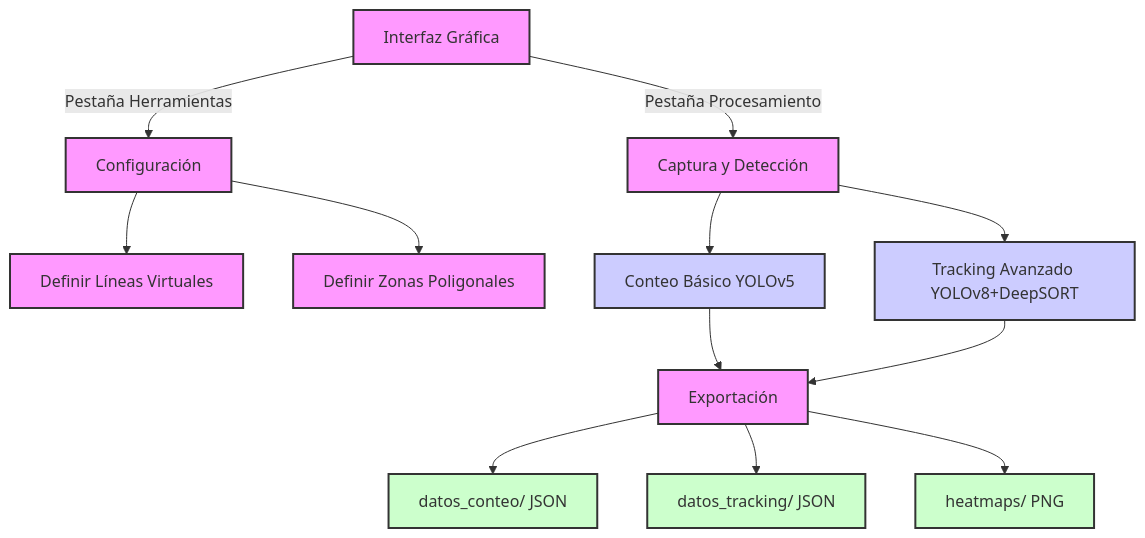
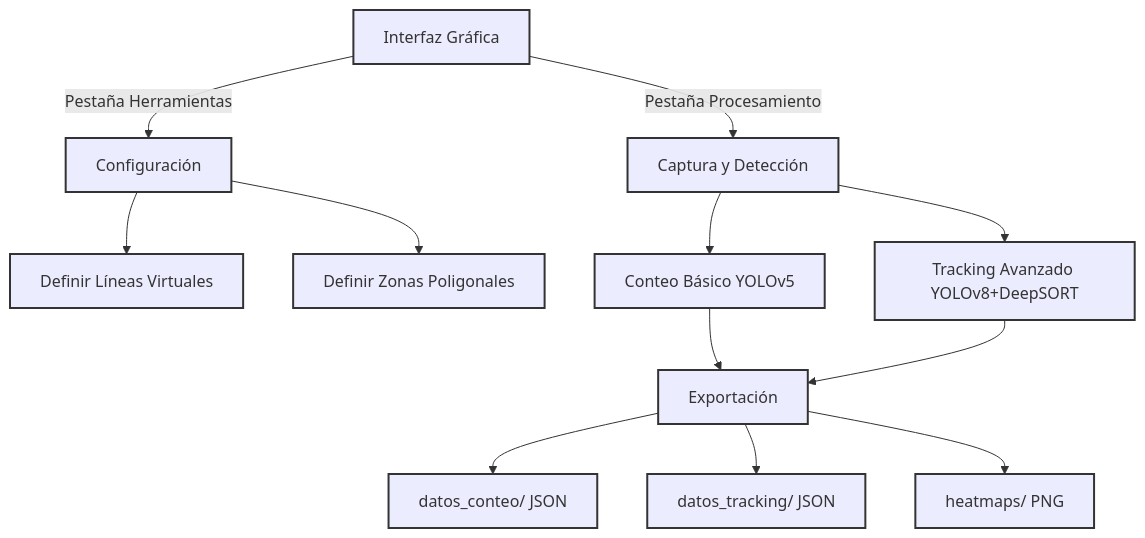
One commit to PatataPyhton/Sistema-Tracking-Farmacia changed the diagram in README.md. Above: the diagram before and after it, drawn with Mermaid.

Commit message:
Fix: Improved Mermaid diagram color scheme for readability

````diff
--- a/README.md
+++ b/README.md
@@ -97,25 +97,25 @@
 ```mermaid
 graph TD
     A[Interfaz Gráfica] -->|Pestaña Herramientas| B[Configuración]
     B --> B1[Definir Líneas Virtuales]
     B --> B2[Definir Zonas Poligonales]
     A -->|Pestaña Procesamiento| C[Captura y Detección]
     C --> C1[Conteo Básico YOLOv5]
     C --> C2[Tracking Avanzado YOLOv8+DeepSORT]
     C1 --> D[Exportación]
     C2 --> D
     D --> D1[datos_conteo/ JSON]
     D --> D2[datos_tracking/ JSON]
     D --> D3[heatmaps/ PNG]
 
-    classDef phase fill:#f9f,stroke:#333,stroke-width:2px;
-    classDef module fill:#ccf,stroke:#333;
-    classDef output fill:#cfc,stroke:#333;
+    classDef phase fill:#lightgrey,stroke:#333,stroke-width:2px;
+    classDef module fill:#lightblue,stroke:#333;
+    classDef output fill:#lightgreen,stroke:#333;
 
     class A phase;
     class B,B1,B2 phase;
     class C,C1,C2 phase;
     class D,D1,D2,D3 phase;
     class C1,C2 module;
     class D1,D2,D3 output;
 ```
````
